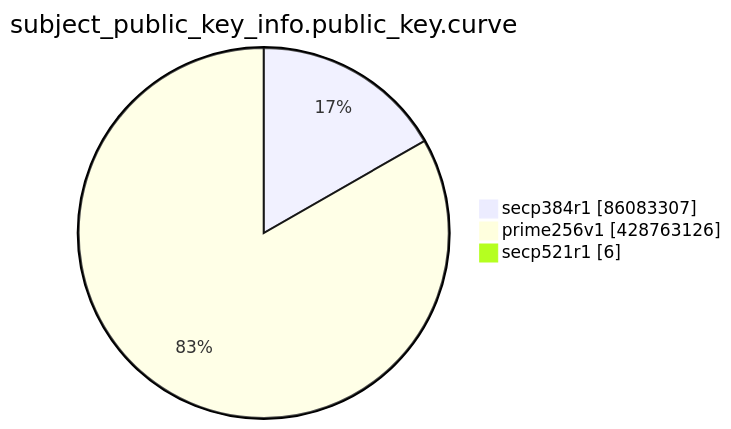
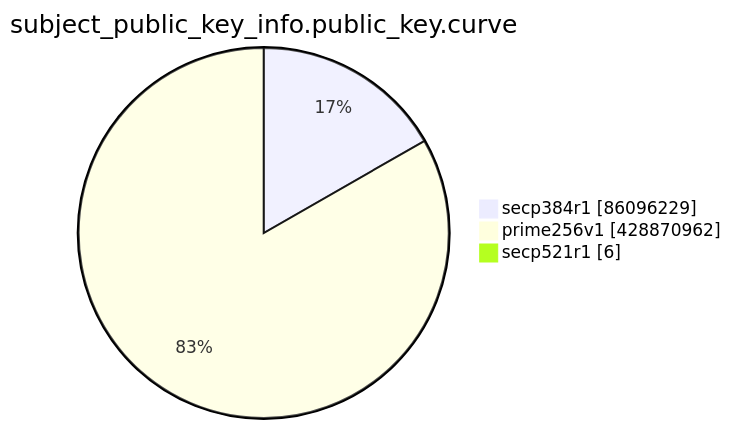
The eighth of 15 diagrams in TOTAL/README.md (christiankrug/ctmonitor_visualization), drawn with Mermaid before and after one commit. The commit also changed other lines of this file, not shown here.

````diff
--- a/TOTAL/README.md
+++ b/TOTAL/README.md
@@ -3100,7 +3100,7 @@
 ```mermaid
 pie showData
 title subject_public_key_info.public_key.curve
-"secp384r1" :86083307
-"prime256v1" :428763126
+"secp384r1" :86096229
+"prime256v1" :428870962
 "secp521r1" :6
 ```
````
